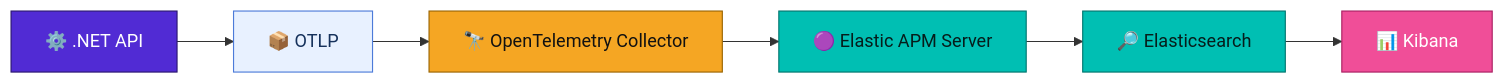
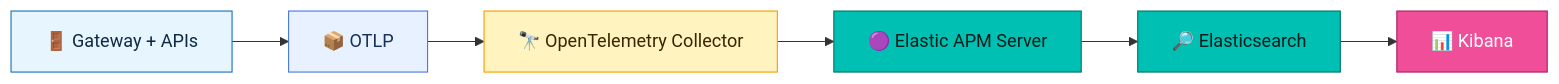
Before and after one commit to fnandop/aspire-apm-backends-pocs: the second of 7 diagrams in README.md, drawn with Mermaid. The commit also changed other lines of this file and 54 other files, not shown here.

````diff
--- a/README.md
+++ b/README.md
@@ -25,19 +57,19 @@
 ```mermaid
 graph LR
-    A["⚙️ .NET API"] --> B["📦 OTLP"]
-    B --> C["🔭 OpenTelemetry Collector"]
-    C --> D["🟣 Elastic APM Server"]
-    D --> E["🔎 Elasticsearch"]
-    E --> F["📊 Kibana"]
+    APP["🚪 Gateway + APIs"] --> OTLP["📦 OTLP"]
+    OTLP --> OC["🔭 OpenTelemetry Collector"]
+    OC --> APM["🟣 Elastic APM Server"]
+    APM --> ES["🔎 Elasticsearch"]
+    ES --> KB["📊 Kibana"]
 
-    classDef app fill:#512BD4,stroke:#2b166f,color:#fff
+    classDef app fill:#E7F5FF,stroke:#1971C2,color:#102A43
     classDef protocol fill:#E8F1FF,stroke:#4C7BD9,color:#16325C
-    classDef collector fill:#F5A623,stroke:#9A6400,color:#111
+    classDef collector fill:#FFF3BF,stroke:#F59F00,color:#3A2500
     classDef elastic fill:#00BFB3,stroke:#00756E,color:#061D1B
     classDef ui fill:#F04E98,stroke:#A91F62,color:#fff
-    class A app
-    class B protocol
-    class C collector
-    class D,E elastic
-    class F ui
+    class APP app
+    class OTLP protocol
+    class OC collector
+    class APM,ES elastic
+    class KB ui
 ```
````
